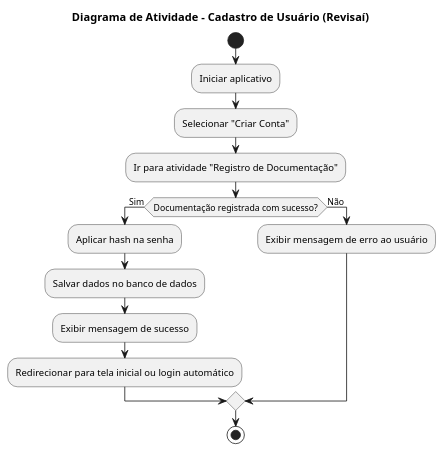
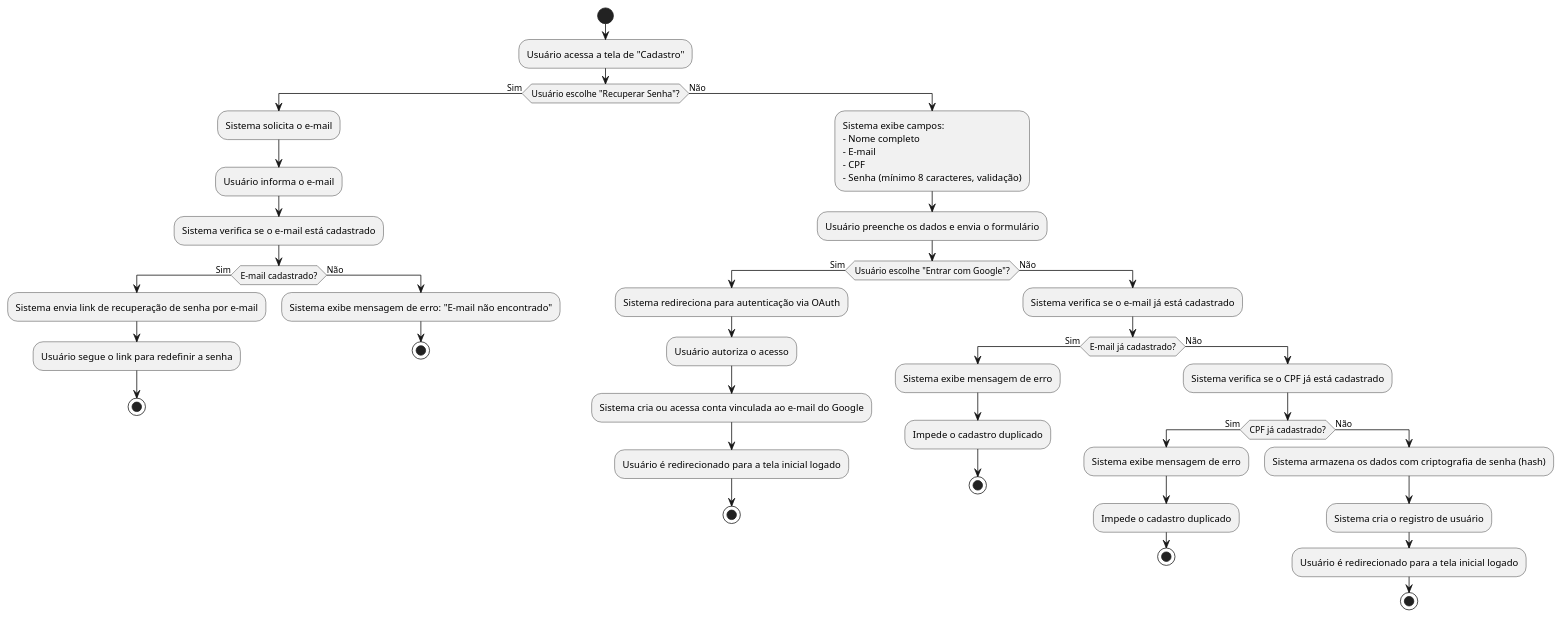
The diagram in modelos/UC_Cadastro_Usuário.md (adsifs/2025.1_AOO_AV), drawn with PlantUML before and after one commit. The commit also changed other lines of this file, not shown here.

````diff
--- a/modelos/UC_Cadastro_Usuário.md
+++ b/modelos/UC_Cadastro_Usuário.md
@@ -3,18 +11,63 @@
 ```puml
 @startuml
-title Diagrama de Atividade - Cadastro de Usuário (Revisaí)
 start
-:Iniciar aplicativo;
-:Selecionar "Criar Conta";
-:Ir para atividade "Registro de Documentação";
-if (Documentação registrada com sucesso?) then (Sim)
-:Aplicar hash na senha;
-:Salvar dados no banco de dados;
-:Exibir mensagem de sucesso;
-:Redirecionar para tela inicial ou login automático;
+
+:Usuário acessa a tela de "Cadastro";
+
+if (Usuário escolhe "Recuperar Senha"?) then (Sim)
+  :Sistema solicita o e-mail;
+  :Usuário informa o e-mail;
+
+  :Sistema verifica se o e-mail está cadastrado;
+
+  if (E-mail cadastrado?) then (Sim)
+    :Sistema envia link de recuperação de senha por e-mail;
+    :Usuário segue o link para redefinir a senha;
+    stop
+  else (Não)
+    :Sistema exibe mensagem de erro: "E-mail não encontrado";
+    stop
+  endif
+
 else (Não)
-:Exibir mensagem de erro ao usuário;
+
+  :Sistema exibe campos:
+  - Nome completo
+  - E-mail
+  - CPF
+  - Senha (mínimo 8 caracteres, validação);
+
+  :Usuário preenche os dados e envia o formulário;
+
+  if (Usuário escolhe "Entrar com Google"?) then (Sim)
+    :Sistema redireciona para autenticação via OAuth;
+    :Usuário autoriza o acesso;
+    :Sistema cria ou acessa conta vinculada ao e-mail do Google;
+    :Usuário é redirecionado para a tela inicial logado;
+    stop
+  else (Não)
+    :Sistema verifica se o e-mail já está cadastrado;
+
+    if (E-mail já cadastrado?) then (Sim)
+      :Sistema exibe mensagem de erro;
+      :Impede o cadastro duplicado;
+      stop
+    else (Não)
+      :Sistema verifica se o CPF já está cadastrado;
+
+      if (CPF já cadastrado?) then (Sim)
+        :Sistema exibe mensagem de erro;
+        :Impede o cadastro duplicado;
+        stop
+      else (Não)
+        :Sistema armazena os dados com criptografia de senha (hash);
+        :Sistema cria o registro de usuário;
+        :Usuário é redirecionado para a tela inicial logado;
+        stop
+      endif
+    endif
+  endif
 endif
-stop
+
 @enduml
 ```
````
